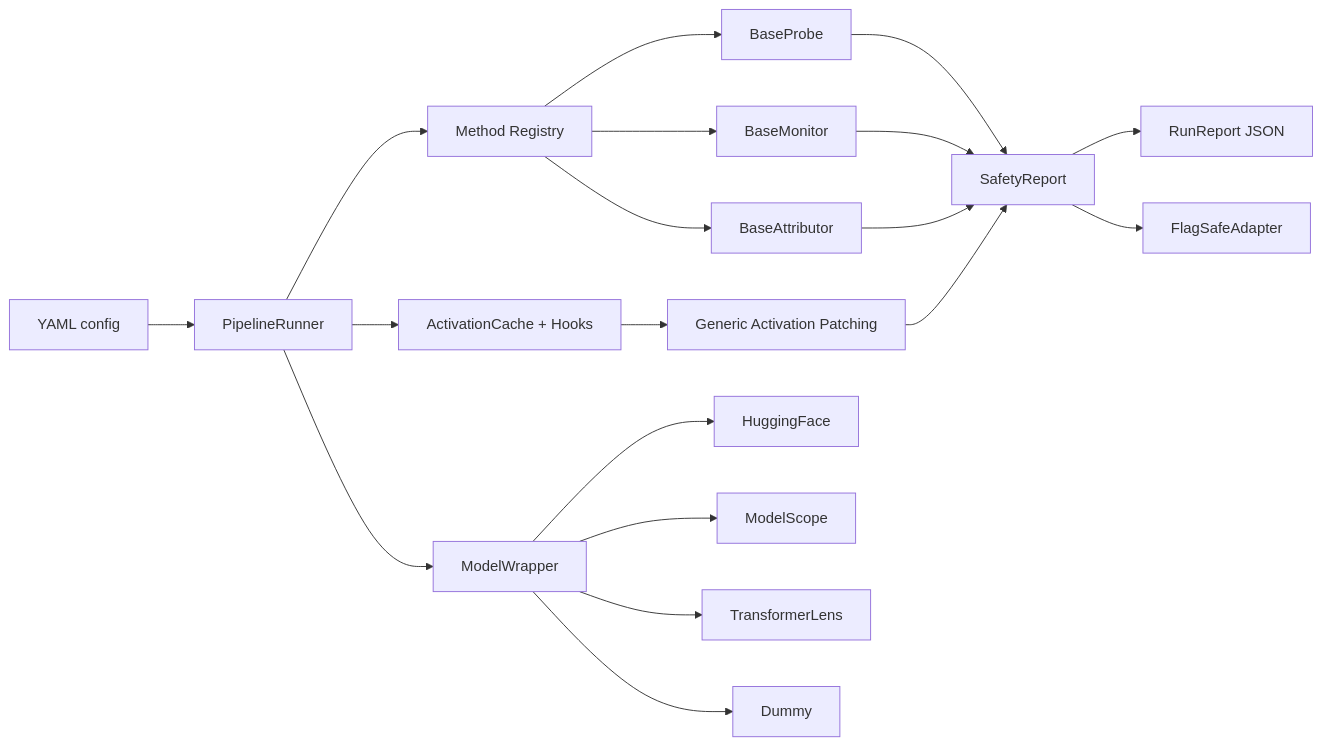
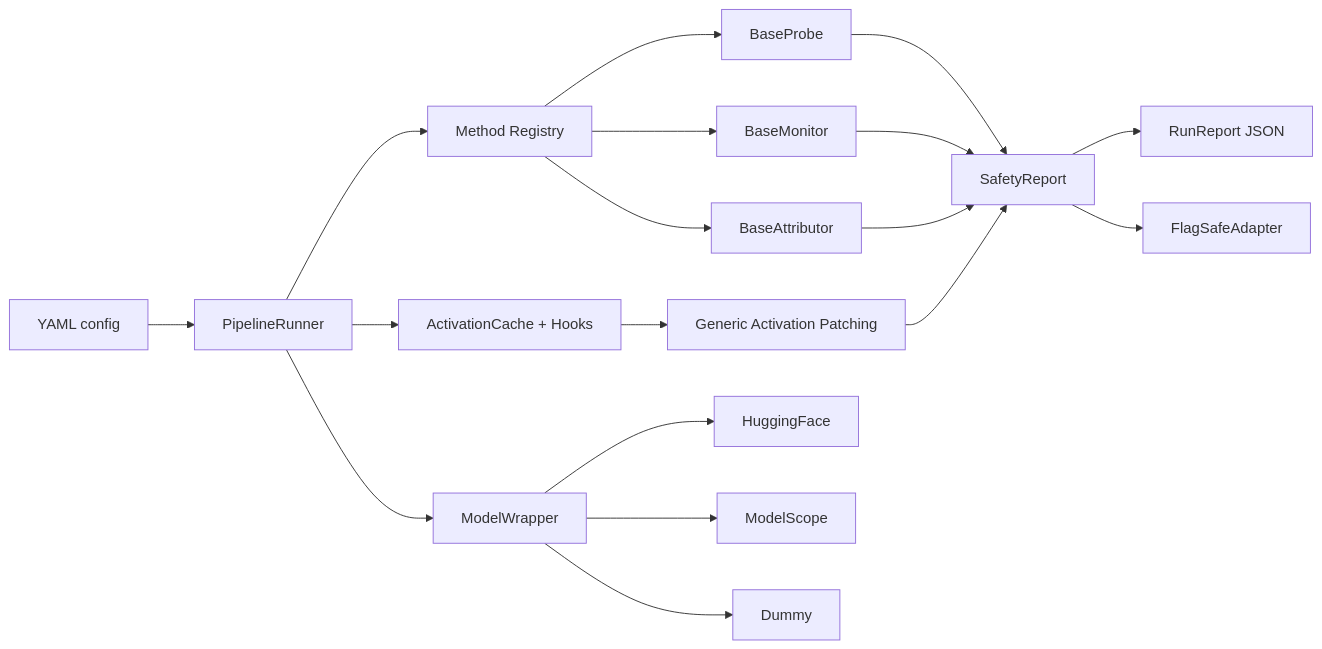
One commit to PKU-PILLAR-Group/SafeLens changed the diagram in README.md. Above: the diagram before and after it, drawn with Mermaid. The commit also changed other lines of this file and 15 other files, not shown here.

````diff
--- a/README.md
+++ b/README.md
@@ -74,21 +74,20 @@
 ```mermaid
 flowchart LR
     YAML["YAML config"] --> Runner["PipelineRunner"]
     Runner --> Model["ModelWrapper"]
     Runner --> Registry["Method Registry"]
     Registry --> Probe["BaseProbe"]
     Registry --> Monitor["BaseMonitor"]
     Registry --> Attributor["BaseAttributor"]
     Runner --> Hooks["ActivationCache + Hooks"]
     Hooks --> Patching["Generic Activation Patching"]
     Model --> HF["HuggingFace"]
     Model --> MS["ModelScope"]
-    Model --> TL["TransformerLens"]
     Model --> Dummy["Dummy"]
     Probe --> Report["SafetyReport"]
     Monitor --> Report
     Attributor --> Report
     Patching --> Report
     Report --> JSON["RunReport JSON"]
     Report --> FlagSafe["FlagSafeAdapter"]
 ```
````
